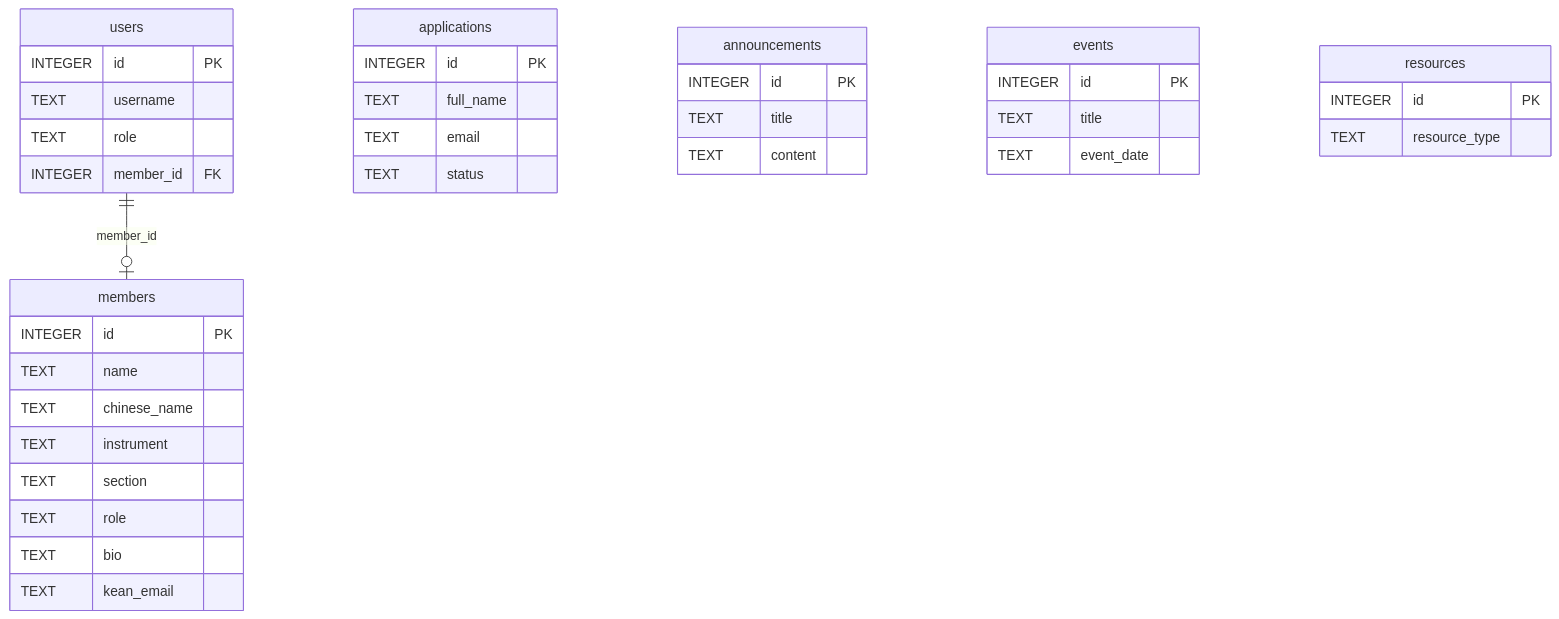
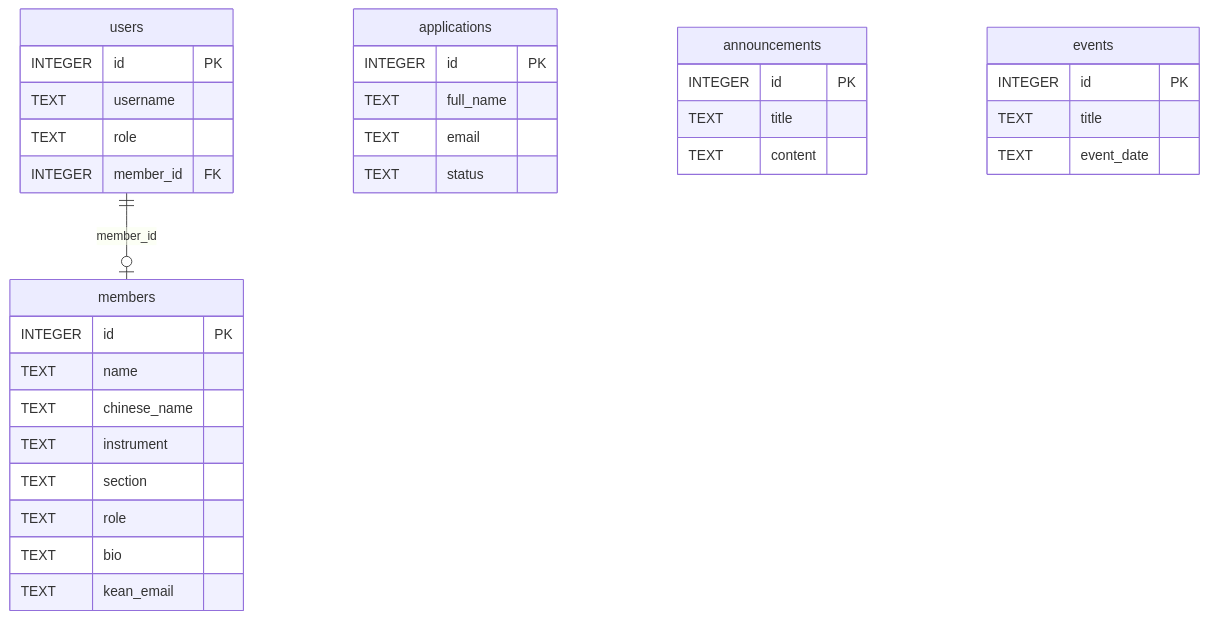
One commit to Chance985/Chinese-Folk-Orchestra-Hub changed the diagram in README.md. Above: the diagram before and after it, drawn with Mermaid. The commit also changed other lines of this file and 9 other files, not shown here.

````diff
--- a/README.md
+++ b/README.md
@@ -31,40 +30,36 @@
 ```mermaid
 erDiagram
     members {
         INTEGER id PK
         TEXT name
         TEXT chinese_name
         TEXT instrument
         TEXT section
         TEXT role
         TEXT bio
         TEXT kean_email
     }
     users {
         INTEGER id PK
         TEXT username
         TEXT role
         INTEGER member_id FK
     }
     applications {
         INTEGER id PK
         TEXT full_name
         TEXT email
         TEXT status
     }
     announcements {
         INTEGER id PK
         TEXT title
         TEXT content
     }
     events {
         INTEGER id PK
         TEXT title
         TEXT event_date
     }
-    resources {
-        INTEGER id PK
-        TEXT resource_type
-    }
     users ||--o| members : "member_id"
 ```
````
